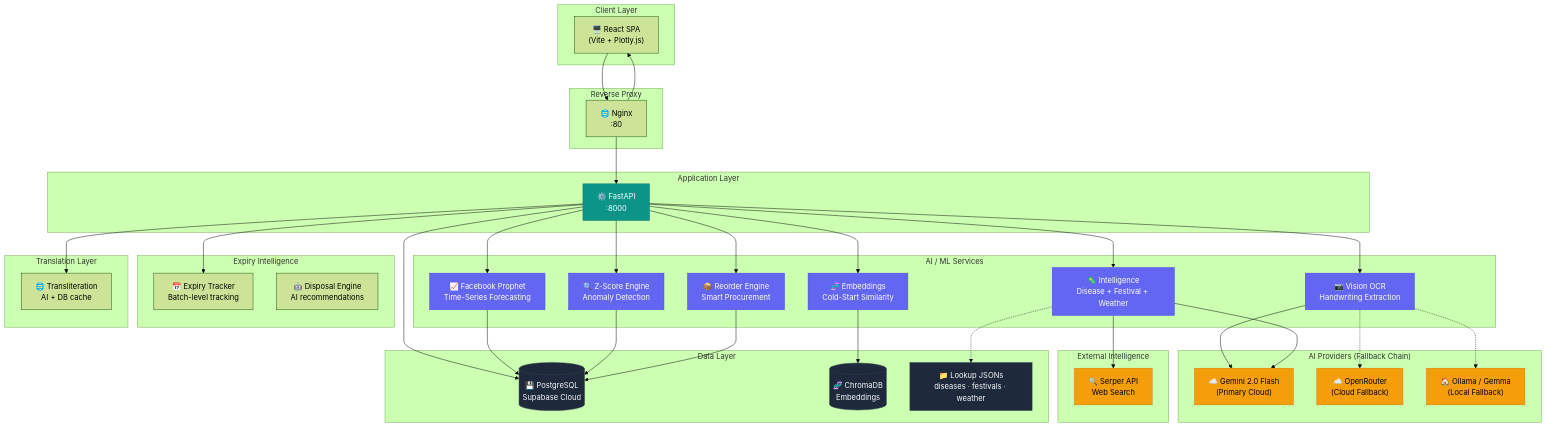
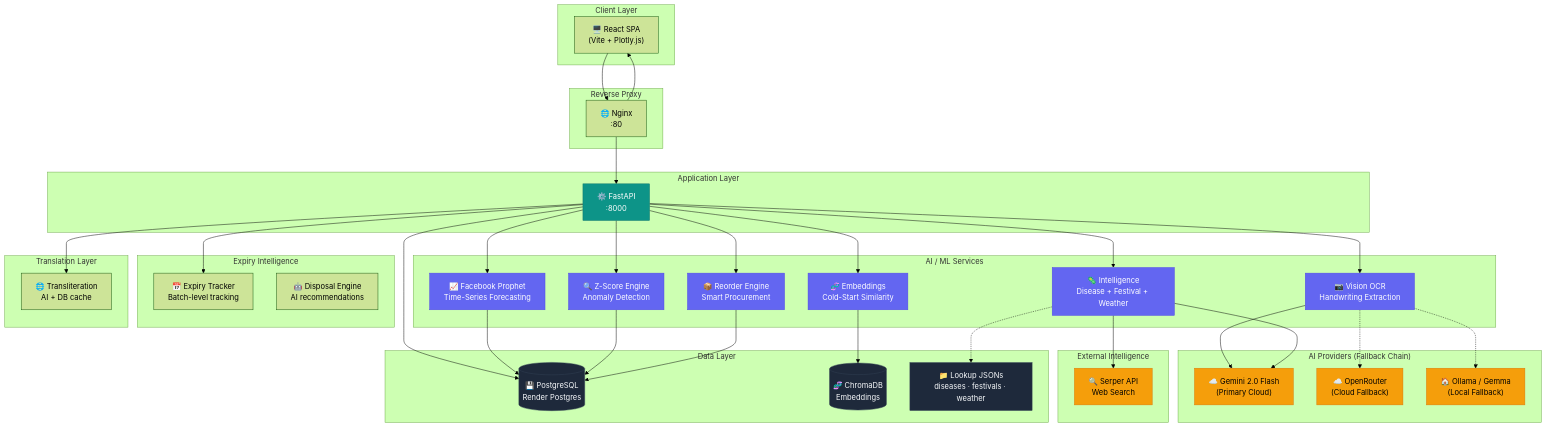
The first of 4 diagrams in README.md (ARYAN10227/SupplySense), drawn with Mermaid (forest theme) before and after one commit. The commit also changed other lines of this file and 42 other files, not shown here.

```diff
--- a/README.md
+++ b/README.md
@@ -536,7 +542,7 @@
     end
 
     subgraph "Data Layer"
-        DB[("💾 PostgreSQL<br/>Supabase Cloud")]
+        DB[("💾 PostgreSQL<br/>Render Postgres")]
         CHROMADB[("🧬 ChromaDB<br/>Embeddings")]
         LOOKUP["📁 Lookup JSONs<br/>diseases · festivals · weather"]
     end
```
